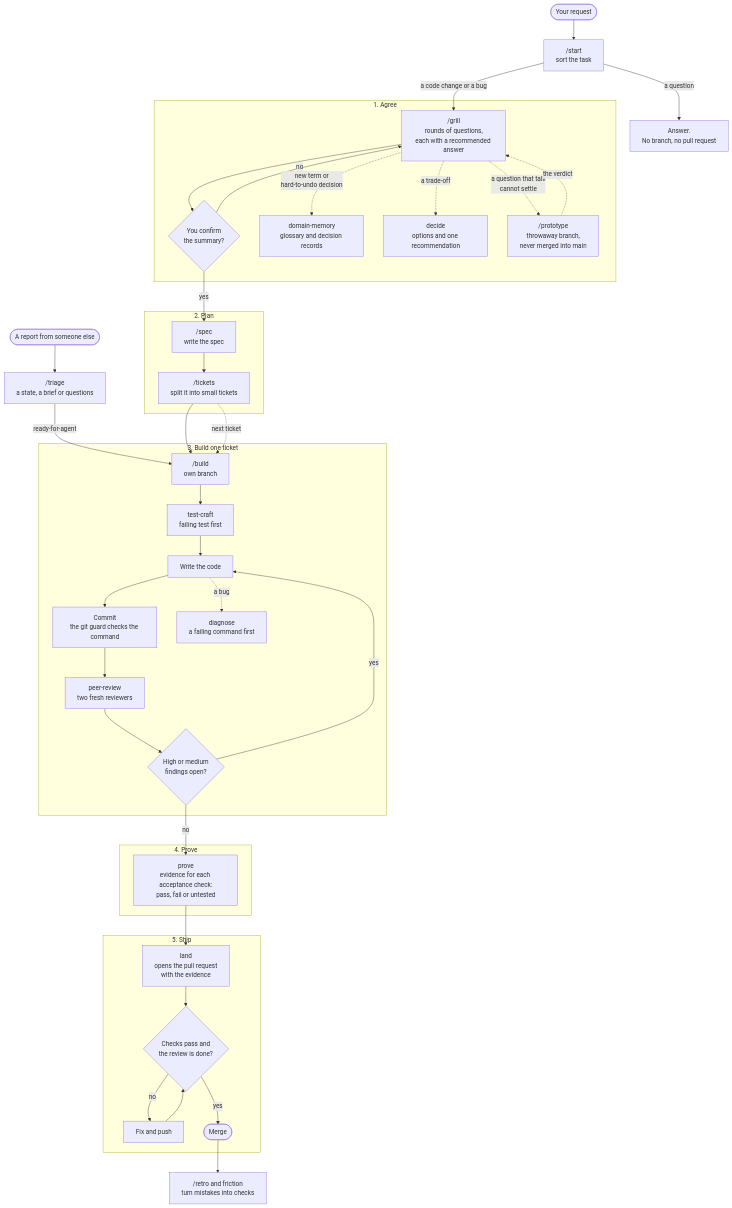
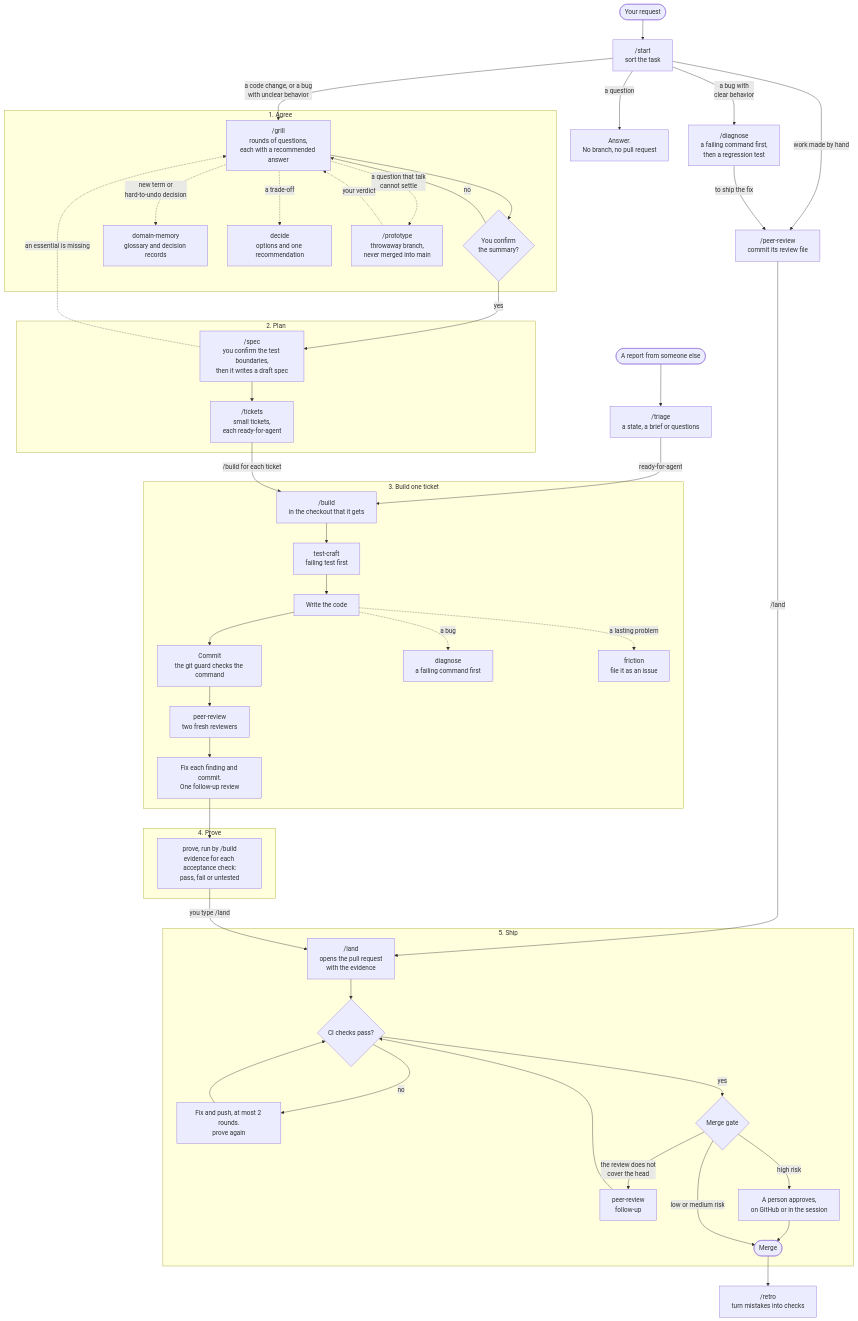
One commit to serhii12/sstack changed the diagram in README.md. Above: the diagram before and after it, drawn with Mermaid. The commit also changed other lines of this file, not shown here.

````diff
--- a/README.md
+++ b/README.md
@@ -9,53 +9,62 @@
 ```mermaid
 flowchart TD
   T(["Your request"]) --> S["/start<br/>sort the task"]
   TR(["A report from someone else"]) --> TG["/triage<br/>a state, a brief or questions"]
   TG -->|"ready-for-agent"| B
   S -->|"a question"| A["Answer.<br/>No branch, no pull request"]
-  S -->|"a code change or a bug"| G
+  S -->|"a code change, or a bug<br/>with unclear behavior"| G
+  S -->|"a bug with<br/>clear behavior"| DG["/diagnose<br/>a failing command first,<br/>then a regression test"]
+  S -->|"work made by hand"| HR["/peer-review<br/>commit its review file"]
+  DG -->|"to ship the fix"| HR
+  HR -->|"/land"| SH
 
   subgraph P1["1. Agree"]
     G["/grill<br/>rounds of questions,<br/>each with a recommended answer"] --> C{"You confirm<br/>the summary?"}
     C -->|"no"| G
     G -.->|"new term or<br/>hard-to-undo decision"| DM["domain-memory<br/>glossary and decision records"]
     G -.->|"a trade-off"| D["decide<br/>options and one recommendation"]
     G -.->|"a question that talk<br/>cannot settle"| PT["/prototype<br/>throwaway branch,<br/>never merged into main"]
-    PT -.->|"the verdict"| G
+    PT -.->|"your verdict"| G
   end
 
   C -->|"yes"| SP
 
   subgraph P2["2. Plan"]
-    SP["/spec<br/>write the spec"] --> TK["/tickets<br/>split it into small tickets"]
+    SP["/spec<br/>you confirm the test boundaries,<br/>then it writes a draft spec"] --> TK["/tickets<br/>small tickets,<br/>each ready-for-agent"]
   end
 
-  TK --> B
+  SP -.->|"an essential is missing"| G
+  TK -->|"/build for each ticket"| B
 
   subgraph P3["3. Build one ticket"]
-    B["/build<br/>own branch"] --> TC["test-craft<br/>failing test first"]
+    B["/build<br/>in the checkout that it gets"] --> TC["test-craft<br/>failing test first"]
     TC --> CODE["Write the code"]
     CODE --> CM["Commit<br/>the git guard checks the command"]
     CM --> PR["peer-review<br/>two fresh reviewers"]
-    PR --> F{"High or medium<br/>findings open?"}
-    F -->|"yes"| CODE
-    CODE -.->|"a bug"| DG["diagnose<br/>a failing command first"]
+    PR --> FIX["Fix each finding and commit.<br/>One follow-up review"]
+    CODE -.->|"a bug"| DG2["diagnose<br/>a failing command first"]
+    CODE -.->|"a lasting problem"| FR["friction<br/>file it as an issue"]
   end
 
-  F -->|"no"| PV
+  FIX --> PV
 
   subgraph P4["4. Prove"]
-    PV["prove<br/>evidence for each acceptance check:<br/>pass, fail or untested"]
+    PV["prove, run by /build<br/>evidence for each acceptance check:<br/>pass, fail or untested"]
   end
 
-  PV --> SH
+  PV -->|"you type /land"| SH
 
   subgraph P5["5. Ship"]
-    SH["land<br/>opens the pull request<br/>with the evidence"] --> MG{"Checks pass and<br/>the review is done?"}
-    MG -->|"no"| FX["Fix and push"]
-    FX --> MG
-    MG -->|"yes"| M(["Merge"])
+    SH["/land<br/>opens the pull request<br/>with the evidence"] --> W{"CI checks pass?"}
+    W -->|"no"| FX["Fix and push, at most 2 rounds.<br/>prove again"]
+    FX --> W
+    W -->|"yes"| GT{"Merge gate"}
+    GT -->|"the review does not<br/>cover the head"| RF["peer-review<br/>follow-up"]
+    RF --> W
+    GT -->|"high risk"| PA["A person approves,<br/>on GitHub or in the session"]
+    PA --> M(["Merge"])
+    GT -->|"low or medium risk"| M
   end
 
-  M --> RT["/retro and friction<br/>turn mistakes into checks"]
-  TK -.->|"next ticket"| B
+  M --> RT["/retro<br/>turn mistakes into checks"]
 ```
````
